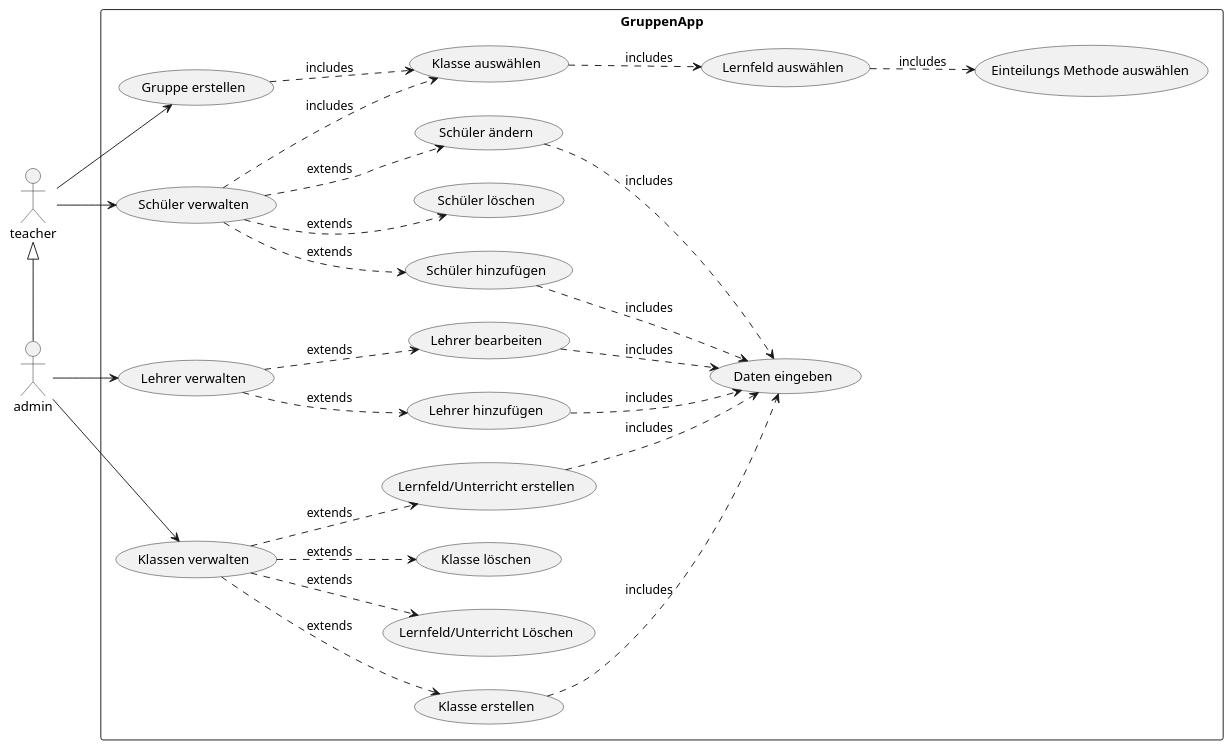
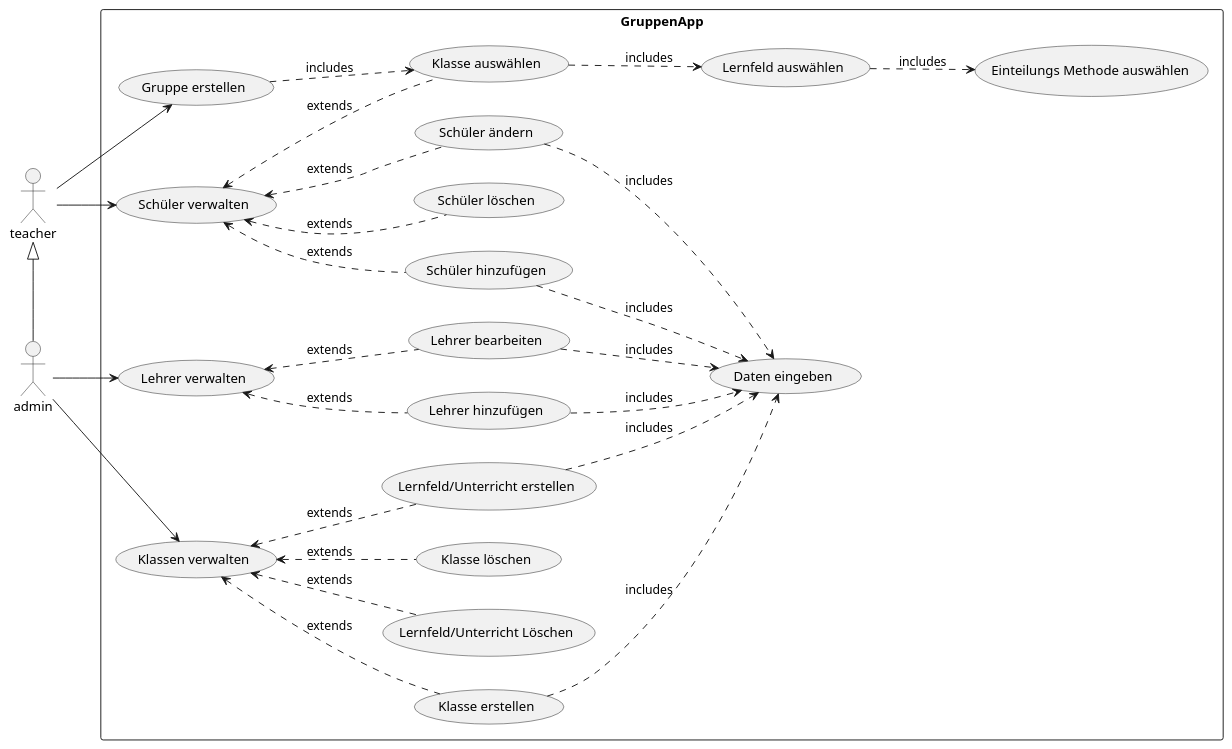
Before and after one commit to CodeRedLancer/Gruppen-App: the diagram in documentation/uml/UseCase2.0.puml, drawn with PlantUML.

Commit message:
Updated UseCase Diagram

```diff
--- a/documentation/uml/UseCase2.0.puml
+++ b/documentation/uml/UseCase2.0.puml
@@ -1,41 +1,40 @@
 @startuml
-left to right direction
 skinparam packageStyle rectangle
 left to right direction
 
 actor teacher as t
 actor admin as a
 
 t <|- a
 rectangle GruppenApp {
     a --> (Lehrer verwalten)
-     (Lehrer verwalten) ..> (Lehrer hinzufügen) : extends
+     (Lehrer verwalten) <.. (Lehrer hinzufügen) : extends
      (Lehrer hinzufügen) ..> (Daten eingeben) : includes
-     (Lehrer verwalten) ..> (Lehrer bearbeiten) : extends
+     (Lehrer verwalten) <.. (Lehrer bearbeiten) : extends
      (Lehrer bearbeiten) ..> (Daten eingeben) : includes
 
     a --> (Klassen verwalten)
-    (Klassen verwalten) ..> (Klasse erstellen) : extends
+    (Klassen verwalten) <.. (Klasse erstellen) : extends
     (Klasse erstellen) ..> (Daten eingeben) : includes
-    (Klassen verwalten) ..> (Klasse löschen) : extends
-    (Klassen verwalten) ..> (Lernfeld/Unterricht erstellen) : extends
+    (Klassen verwalten) <.. (Klasse löschen) : extends
+    (Klassen verwalten) <.. (Lernfeld/Unterricht erstellen) : extends
      (Lernfeld/Unterricht erstellen) ..> (Daten eingeben) : includes
-    (Klassen verwalten) ..> (Lernfeld/Unterricht Löschen) : extends
+    (Klassen verwalten) <.. (Lernfeld/Unterricht Löschen) : extends
 
 
     t --> (Gruppe erstellen)
     (Gruppe erstellen) ..> (Klasse auswählen) : includes
     (Klasse auswählen) ..> (Lernfeld auswählen) : includes
     (Lernfeld auswählen) ..> (Einteilungs Methode auswählen) : includes
 
 
     t --> (Schüler verwalten)
-    (Schüler verwalten) ..> (Klasse auswählen) : includes
-    (Schüler verwalten) ..> (Schüler hinzufügen) : extends
+    (Schüler verwalten) <.. (Klasse auswählen) : extends
+    (Schüler verwalten) <.. (Schüler hinzufügen) : extends
     (Schüler hinzufügen) ..> (Daten eingeben) : includes
-    (Schüler verwalten) ..> (Schüler ändern) : extends
+    (Schüler verwalten) <.. (Schüler ändern) : extends
     (Schüler ändern) ..> (Daten eingeben) : includes
-    (Schüler verwalten) ..> (Schüler löschen) : extends
+    (Schüler verwalten) <.. (Schüler löschen) : extends
 }
 
 @enduml
```
